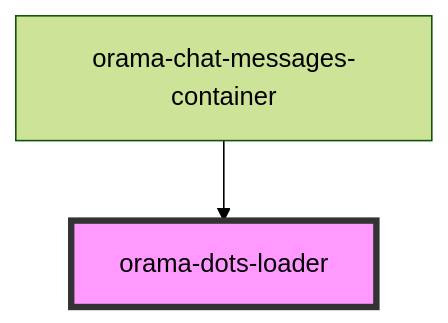
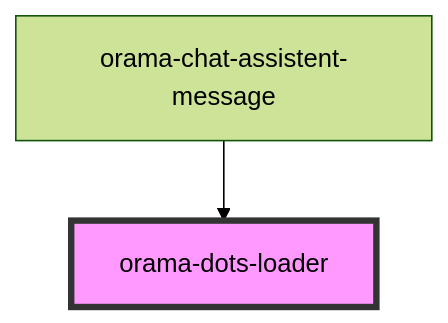
Before and after one commit to askorama/orama-ui-components: the diagram in packages/ui-stencil/src/components/internal/orama-dots-loader/readme.md, drawn with Mermaid (forest theme). The commit also changed other lines of this file and 19 other files, not shown here.

````diff
--- a/packages/ui-stencil/src/components/internal/orama-dots-loader/readme.md
+++ b/packages/ui-stencil/src/components/internal/orama-dots-loader/readme.md
@@ -15,5 +15,5 @@
 ```mermaid
 graph TD;
-  orama-chat-messages-container --> orama-dots-loader
+  orama-chat-assistent-message --> orama-dots-loader
   style orama-dots-loader fill:#f9f,stroke:#333,stroke-width:4px
 ```
````
